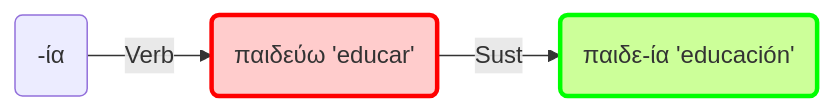
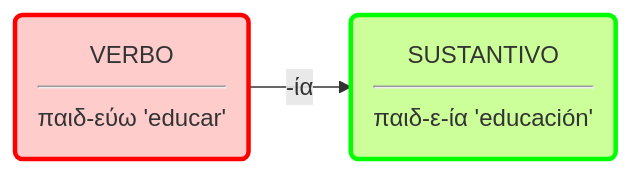
Before and after one commit to pajaro1966/Asignaturas: the third of 4 diagrams in docs/Proyecto_Innova_2025_2026/notas/Suf_ia.md, drawn with Mermaid. The commit also changed other lines of this file and 4 other files, not shown here.

````diff
--- a/docs/Proyecto_Innova_2025_2026/notas/Suf_ia.md
+++ b/docs/Proyecto_Innova_2025_2026/notas/Suf_ia.md
@@ -141,36 +87,34 @@
 ```mermaid
 graph LR
 
-Suf("-ία")
-
-Suf --"Verb"-->Sust1("παιδεύω 'educar'")--"Sust"-->Sust12b("παιδε-ία 'educación'")
+Sust1("VERBO<hr>παιδ-εύω 'educar'")-->|"-ία"|Sust12b("SUSTANTIVO<hr>παιδ-ε-ία 'educación'")
 
 Sust1:::Verb
 Sust12b:::Sust
 
 classDef Verb stroke:#f00, stroke-width:3px
 classDef Sust stroke:#0f0, stroke-width:3px
 classDef Adj stroke:#00f, stroke-width:3px
 classDef Adv stroke:brown, stroke-width:3px
 classDef Nada stroke:#000000, stroke-width:2px
 classDef Raíz stroke:#000000, stroke-width:3px
 
 classDef Prep stroke:black, stroke-width:3px
 
 classDef Prep stroke:yellow, stroke-width:3px
 classDef SP stroke:yellow, stroke-width:3px
 
 classDef Inf stroke-width:1px, stroke-dasharray: 10, 5
 classDef Verb fill:#ffCCCC
 classDef Sust fill:#CCff99
 classDef Adj fill:#66FFFF
 classDef Adv fill:Bisque
 classDef Nada fill:#ffffff
 classDef Raíz fill:#ffffff
 
 classDef Pref fill:LightGray
 
 classDef Prep fill:LemonChiffon
 classDef SP fill:#CCff99
 
 ```
````
